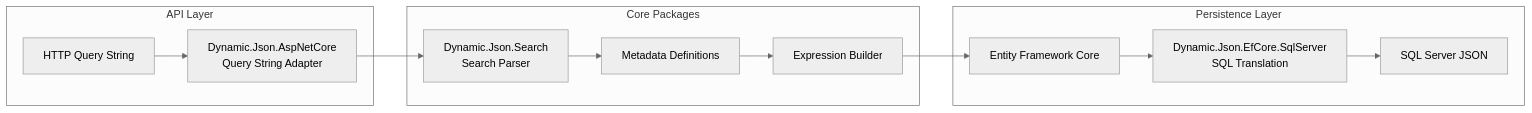
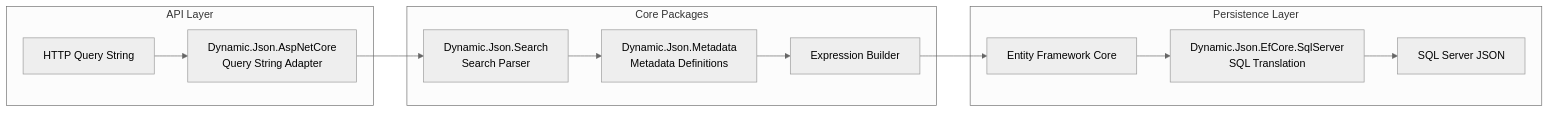
Before and after one commit to jfairbourn96/dynamic-json-efcore: the first of 2 diagrams in README.md, drawn with Mermaid (neutral theme). The commit also changed other lines of this file and 10 other files, not shown here.

Commit message:
Metadata project defined so that we can reuse it in the Dynamic Hr Repo. This also provides metadata validation inside the package. Still need to unit test the validation, but might refactor it slightly.

````diff
--- a/README.md
+++ b/README.md
@@ -52,27 +53,27 @@
 ```mermaid
 flowchart LR
     subgraph API["API Layer"]
         A["HTTP Query String"]
         B["Dynamic.Json.AspNetCore<br/>Query String Adapter"]
     end
 
     subgraph Core["Core Packages"]
         C["Dynamic.Json.Search<br/>Search Parser"]
-        D["Metadata Definitions"]
+        D["Dynamic.Json.Metadata<br/>Metadata Definitions"]
         E["Expression Builder"]
     end
 
     subgraph Persistence["Persistence Layer"]
         F["Entity Framework Core"]
         G["Dynamic.Json.EfCore.SqlServer<br/>SQL Translation"]
         H["SQL Server JSON"]
     end
 
     A --> B
     B --> C
     C --> D
     D --> E
     E --> F
     F --> G
     G --> H
 ```
````
